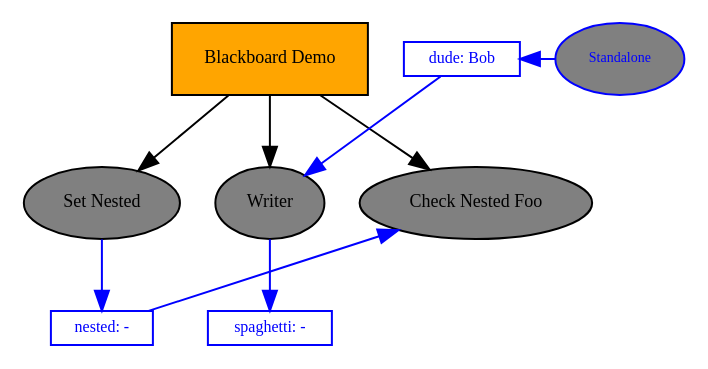
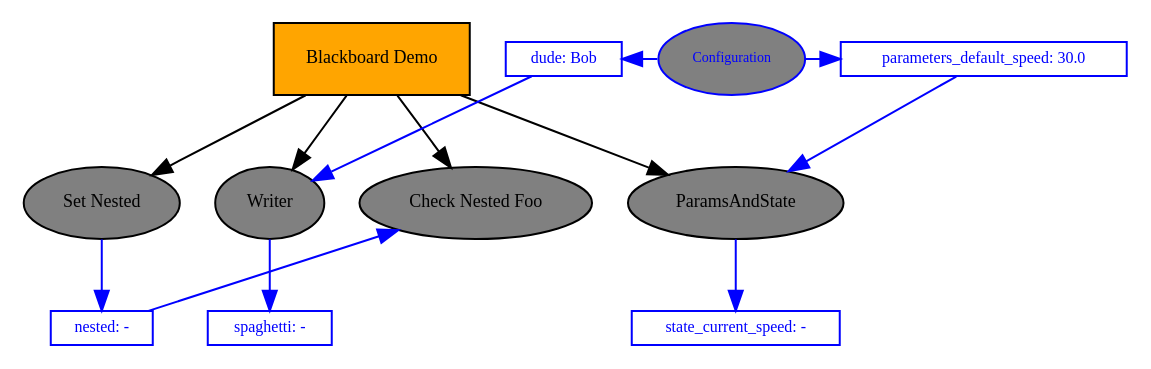
The diagram in doc/dot/demo-blackboard.dot (splintered-reality/py_trees), drawn with Graphviz before and after one commit. The commit also changed 3 other files, not shown here.

Commit message:
[demos] updated blackboard demo documentation

```diff
--- a/doc/dot/demo-blackboard.dot
+++ b/doc/dot/demo-blackboard.dot
@@ -1,29 +1,37 @@
 digraph pastafarianism {
 graph [fontname="times-roman"];
 node [fontname="times-roman"];
 edge [fontname="times-roman"];
 "Blackboard Demo" [label="Blackboard Demo", shape=box, style=filled, fillcolor=orange, fontsize=9, fontcolor=black];
 "Set Nested" [label="Set Nested", shape=ellipse, style=filled, fillcolor=gray, fontsize=9, fontcolor=black];
 "Blackboard Demo" -> "Set Nested";
 Writer [label=Writer, shape=ellipse, style=filled, fillcolor=gray, fontsize=9, fontcolor=black];
 "Blackboard Demo" -> Writer;
 "Check Nested Foo" [label="Check Nested Foo", shape=ellipse, style=filled, fillcolor=gray, fontsize=9, fontcolor=black];
 "Blackboard Demo" -> "Check Nested Foo";
+ParamsAndState [label=ParamsAndState, shape=ellipse, style=filled, fillcolor=gray, fontsize=9, fontcolor=black];
+"Blackboard Demo" -> ParamsAndState;
 subgraph  {
 label="children_of_Blackboard Demo";
 rank=same;
 "Set Nested" [label="Set Nested", shape=ellipse, style=filled, fillcolor=gray, fontsize=9, fontcolor=black];
 Writer [label=Writer, shape=ellipse, style=filled, fillcolor=gray, fontsize=9, fontcolor=black];
 "Check Nested Foo" [label="Check Nested Foo", shape=ellipse, style=filled, fillcolor=gray, fontsize=9, fontcolor=black];
+ParamsAndState [label=ParamsAndState, shape=ellipse, style=filled, fillcolor=gray, fontsize=9, fontcolor=black];
 }
 
-Standalone [label=Standalone, shape=ellipse, style=filled, color=blue, fillcolor=gray, fontsize=7, fontcolor=blue];
+Configuration [label=Configuration, shape=ellipse, style=filled, color=blue, fillcolor=gray, fontsize=7, fontcolor=blue];
 dude [label="dude: Bob", shape=box, style=filled, color=blue, fillcolor=white, fontsize=8, fontcolor=blue, width=0, height=0, fixedsize=False];
 dude -> Writer  [color=blue, constraint=False];
-Standalone -> dude  [color=blue, constraint=False];
+Configuration -> dude  [color=blue, constraint=False];
+parameters_default_speed [label="parameters_default_speed: 30.0", shape=box, style=filled, color=blue, fillcolor=white, fontsize=8, fontcolor=blue, width=0, height=0, fixedsize=False];
+parameters_default_speed -> ParamsAndState  [color=blue, constraint=False];
+Configuration -> parameters_default_speed  [color=blue, constraint=False];
 nested [label="nested: -", shape=box, style=filled, color=blue, fillcolor=white, fontsize=8, fontcolor=blue, width=0, height=0, fixedsize=False];
 nested -> "Check Nested Foo"  [color=blue, constraint=False];
 "Set Nested" -> nested  [color=blue, constraint=True];
 spaghetti [label="spaghetti: -", shape=box, style=filled, color=blue, fillcolor=white, fontsize=8, fontcolor=blue, width=0, height=0, fixedsize=False];
 Writer -> spaghetti  [color=blue, constraint=True];
+state_current_speed [label="state_current_speed: -", shape=box, style=filled, color=blue, fillcolor=white, fontsize=8, fontcolor=blue, width=0, height=0, fixedsize=False];
+ParamsAndState -> state_current_speed  [color=blue, constraint=True];
 }
```
